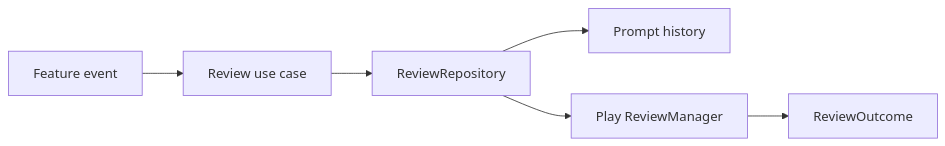
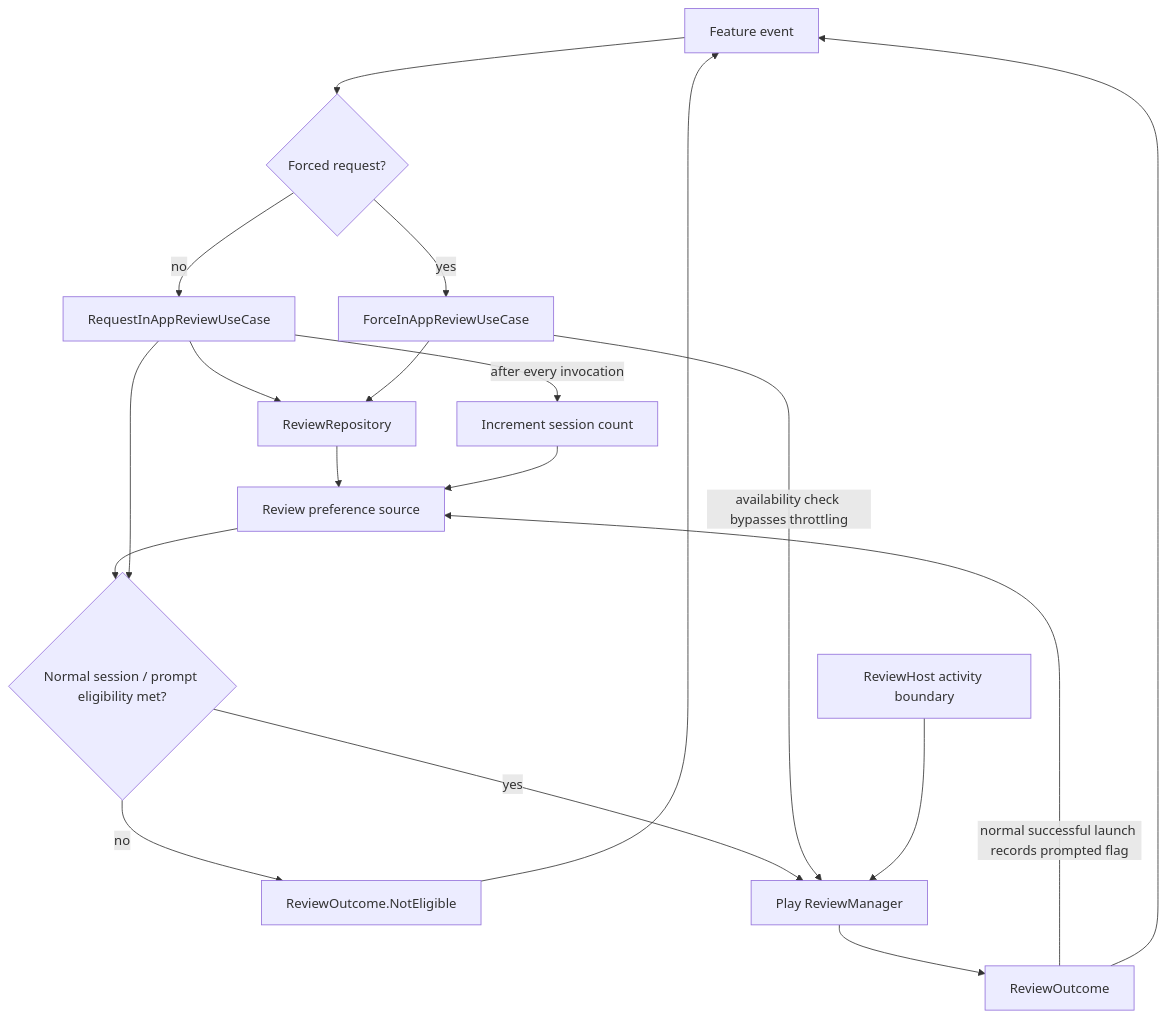
One commit to MihaiCristianCondrea/App-Toolkit-for-Android changed the diagram in library/integration/review/README.md. Above: the diagram before and after it, drawn with Mermaid. The commit also changed other lines of this file and 57 other files, not shown here.

````diff
--- a/library/integration/review/README.md
+++ b/library/integration/review/README.md
@@ -32,8 +32,21 @@
 ```mermaid
-flowchart LR
-    Feature[Feature event] --> UseCase[Review use case]
-    UseCase --> Repo[ReviewRepository]
-    Repo --> Store[Prompt history]
-    Repo --> Play[Play ReviewManager]
-    Play --> Outcome[ReviewOutcome]
+flowchart TD
+    Feature[Feature event] --> Choice{Forced request?}
+    Choice -->|no| Normal[RequestInAppReviewUseCase]
+    Choice -->|yes| Forced[ForceInAppReviewUseCase]
+    Normal --> Repo[ReviewRepository]
+    Forced --> Repo
+    Repo --> Store[Review preference source]
+    Store --> Eligible{Normal session / prompt eligibility met?}
+    Normal --> Eligible
+    Eligible -->|no| Skipped[ReviewOutcome.NotEligible]
+    Eligible -->|yes| Manager[Play ReviewManager]
+    Forced -->|availability check bypasses throttling| Manager
+    Host[ReviewHost activity boundary] --> Manager
+    Manager --> Outcome[ReviewOutcome]
+    Outcome -->|normal successful launch records prompted flag| Store
+    Normal -->|after every invocation| Increment[Increment session count]
+    Increment --> Store
+    Outcome --> Feature
+    Skipped --> Feature
 ```
````
